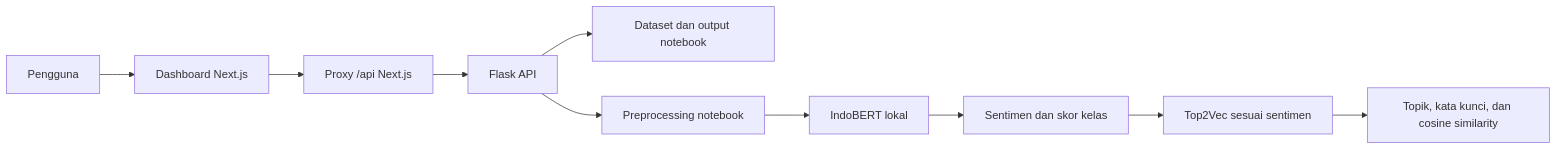
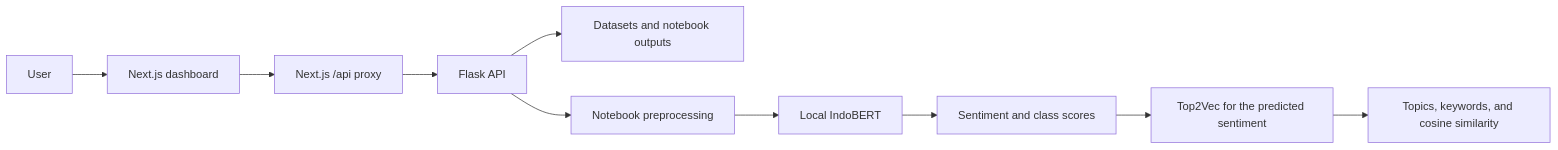
Before and after one commit to Ragraze/ikn-sentiment-analysis: the diagram in README.md, drawn with Mermaid. The commit also changed other lines of this file and 3 other files, not shown here.

````diff
--- a/README.md
+++ b/README.md
@@ -42,12 +42,12 @@
 ```mermaid
 flowchart LR
-    User[Pengguna] --> Web[Dashboard Next.js]
-    Web --> Proxy[Proxy /api Next.js]
+    User[User] --> Web[Next.js dashboard]
+    Web --> Proxy[Next.js /api proxy]
     Proxy --> API[Flask API]
-    API --> Data[Dataset dan output notebook]
-    API --> Prep[Preprocessing notebook]
-    Prep --> BERT[IndoBERT lokal]
-    BERT --> Sentiment[Sentimen dan skor kelas]
-    Sentiment --> Topics[Top2Vec sesuai sentimen]
-    Topics --> Result[Topik, kata kunci, dan cosine similarity]
+    API --> Data[Datasets and notebook outputs]
+    API --> Prep[Notebook preprocessing]
+    Prep --> BERT[Local IndoBERT]
+    BERT --> Sentiment[Sentiment and class scores]
+    Sentiment --> Topics[Top2Vec for the predicted sentiment]
+    Topics --> Result[Topics, keywords, and cosine similarity]
 ```
````
